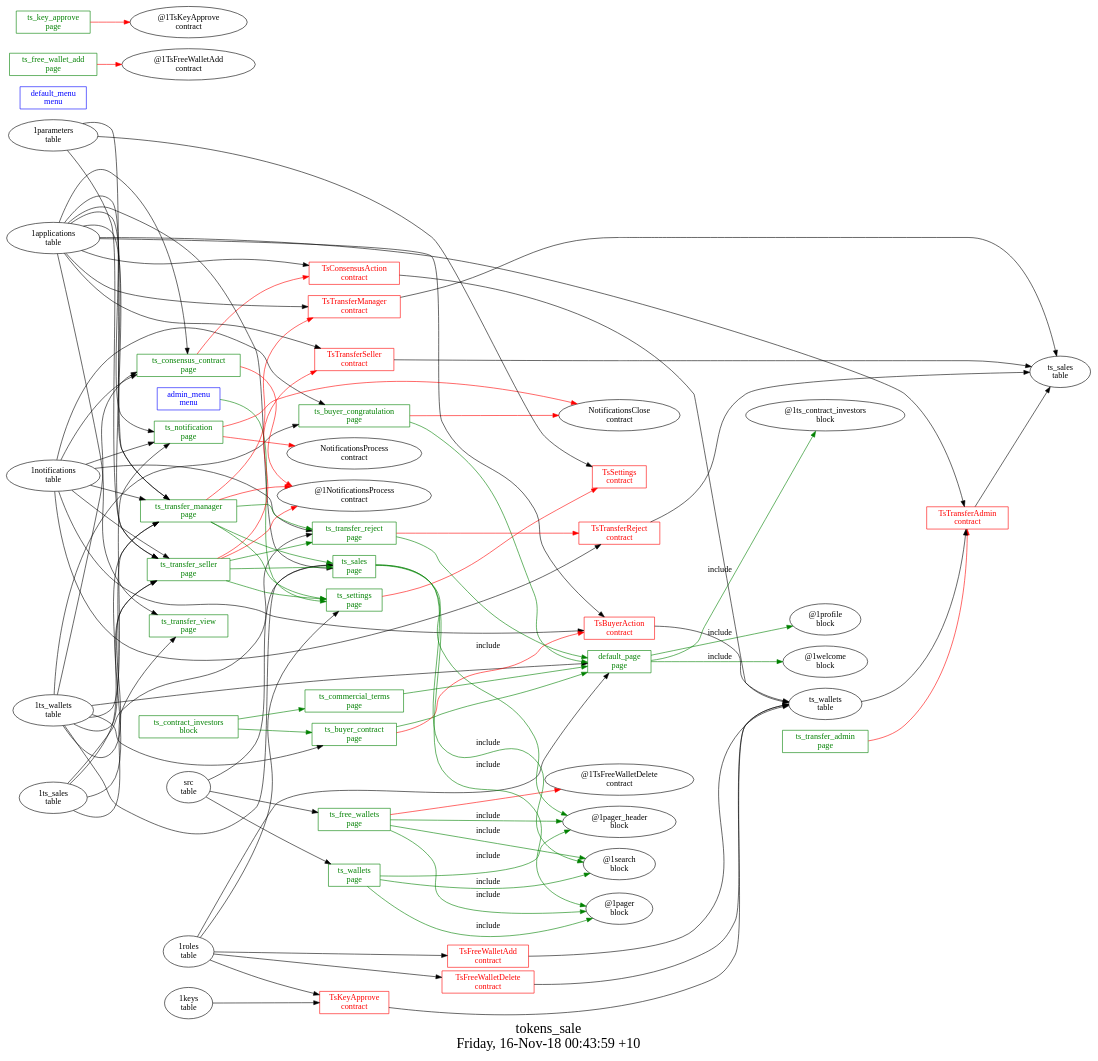
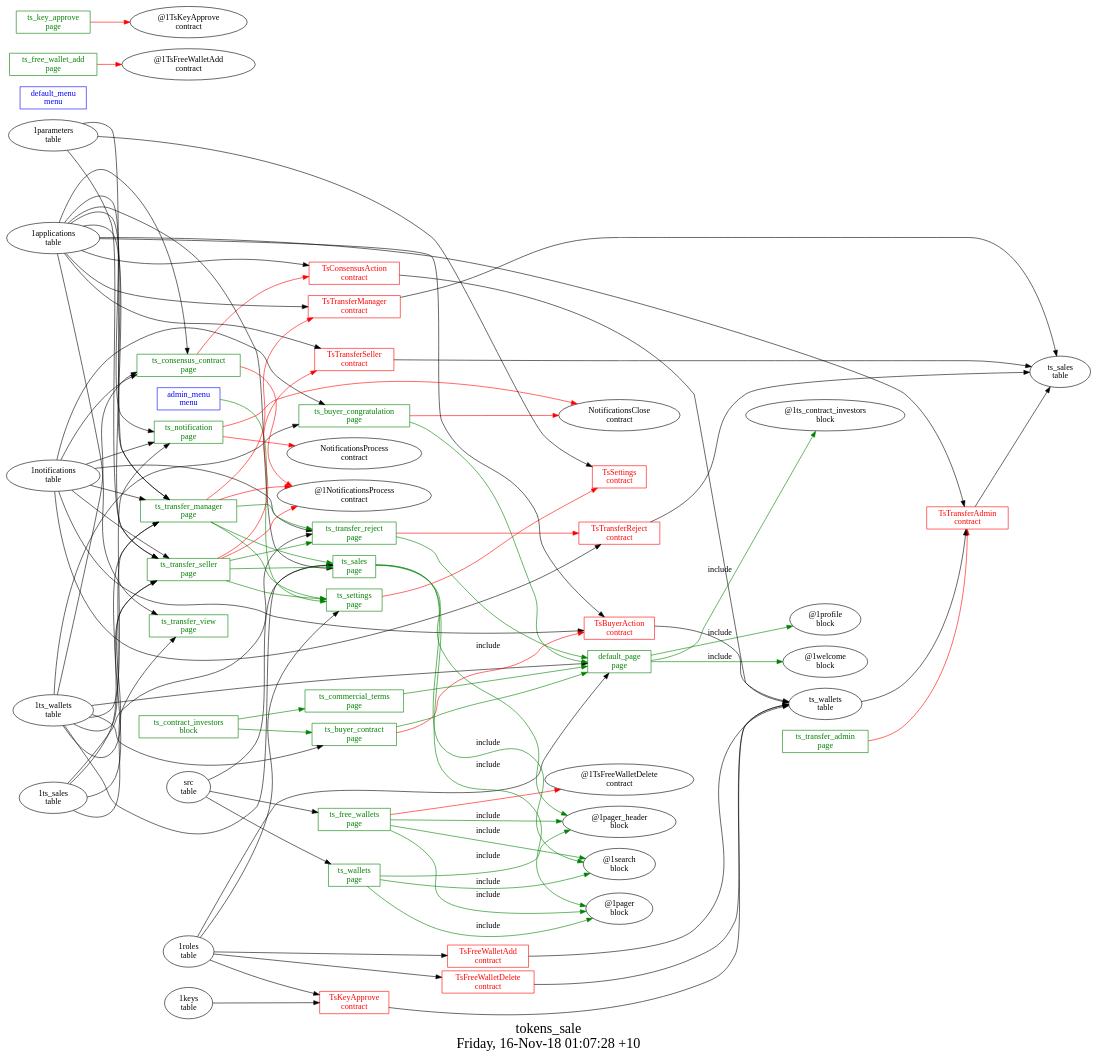
The diagram in other/tokens_sale/struct.dot (AplaProject/apps), drawn with Graphviz before and after one commit. The commit also changed 29 other files, not shown here.

```diff
--- a/other/tokens_sale/struct.dot
+++ b/other/tokens_sale/struct.dot
@@ -1,134 +1,134 @@
 digraph G {
 fontsize="24";
-label="tokens_sale\nFriday, 16-Nov-18 00:43:59 +10";
+label="tokens_sale\nFriday, 16-Nov-18 01:07:28 +10";
 nojustify=true;
 ordering=out;
 rankdir=LR;
 size="30";
 "admin_menu\nmenu" -> "ts_settings\npage"  [ color=green ]
 "admin_menu\nmenu" [color=blue, fontcolor=blue, group=menus, shape=record];
 "default_menu\nmenu" [color=blue, fontcolor=blue, group=menus, shape=record];
 "1ts_wallets\ntable" -> "default_page\npage"
 "1roles\ntable" -> "default_page\npage"
 "default_page\npage" -> "@1ts_contract_investors\nblock"  [ color=green, label=include ]
 "default_page\npage" -> "@1profile\nblock"  [ color=green, label=include ]
 "default_page\npage" -> "@1welcome\nblock"  [ color=green, label=include ]
 "default_page\npage" [color=green, fontcolor=green, group=pages, shape=record];
 "ts_buyer_congratulation\npage" -> "NotificationsClose\ncontract"  [ color=red ]
 "1ts_wallets\ntable" -> "ts_buyer_congratulation\npage"
 "1notifications\ntable" -> "ts_buyer_congratulation\npage"
 "ts_buyer_congratulation\npage" -> "default_page\npage"  [ color=green ]
 "ts_buyer_congratulation\npage" [color=green, fontcolor=green, group=pages, shape=record];
 "ts_buyer_contract\npage" -> "TsBuyerAction\ncontract"  [ color=red ]
 "1ts_wallets\ntable" -> "ts_buyer_contract\npage"
 "ts_buyer_contract\npage" -> "default_page\npage"  [ color=green ]
 "ts_buyer_contract\npage" [color=green, fontcolor=green, group=pages, shape=record];
 "ts_commercial_terms\npage" -> "default_page\npage"  [ color=green ]
 "ts_commercial_terms\npage" [color=green, fontcolor=green, group=pages, shape=record];
 "ts_consensus_contract\npage" -> "TsConsensusAction\ncontract"  [ color=red ]
 "ts_consensus_contract\npage" -> "@1NotificationsProcess\ncontract"  [ color=red ]
 "1applications\ntable" -> "ts_consensus_contract\npage"
 "1notifications\ntable" -> "ts_consensus_contract\npage"
 "1ts_wallets\ntable" -> "ts_consensus_contract\npage"
 "ts_consensus_contract\npage" [color=green, fontcolor=green, group=pages, shape=record];
 "ts_free_wallet_add\npage" -> "@1TsFreeWalletAdd\ncontract"  [ color=red ]
 "ts_free_wallet_add\npage" [color=green, fontcolor=green, group=pages, shape=record];
 "ts_free_wallets\npage" -> "@1TsFreeWalletDelete\ncontract"  [ color=red ]
 "src\ntable" -> "ts_free_wallets\npage"
 "ts_free_wallets\npage" -> "@1pager_header\nblock"  [ color=green, label=include ]
 "ts_free_wallets\npage" -> "@1search\nblock"  [ color=green, label=include ]
 "ts_free_wallets\npage" -> "@1pager\nblock"  [ color=green, label=include ]
 "ts_free_wallets\npage" [color=green, fontcolor=green, group=pages, shape=record];
 "ts_key_approve\npage" -> "@1TsKeyApprove\ncontract"  [ color=red ]
 "ts_key_approve\npage" [color=green, fontcolor=green, group=pages, shape=record];
 "ts_notification\npage" -> "NotificationsClose\ncontract"  [ color=red ]
 "ts_notification\npage" -> "NotificationsProcess\ncontract"  [ color=red ]
 "1applications\ntable" -> "ts_notification\npage"
 "1notifications\ntable" -> "ts_notification\npage"
 "1ts_wallets\ntable" -> "ts_notification\npage"
 "ts_notification\npage" [color=green, fontcolor=green, group=pages, shape=record];
 "1applications\ntable" -> "ts_sales\npage"
 "src\ntable" -> "ts_sales\npage"
 "1ts_wallets\ntable" -> "ts_sales\npage"
 "ts_sales\npage" -> "@1pager_header\nblock"  [ color=green, label=include ]
 "ts_sales\npage" -> "@1search\nblock"  [ color=green, label=include ]
 "ts_sales\npage" -> "@1pager\nblock"  [ color=green, label=include ]
 "ts_sales\npage" [color=green, fontcolor=green, group=pages, shape=record];
 "ts_settings\npage" -> "TsSettings\ncontract"  [ color=red ]
 "1roles\ntable" -> "ts_settings\npage"
 "ts_settings\npage" [color=green, fontcolor=green, group=pages, shape=record];
 "ts_transfer_admin\npage" -> "TsTransferAdmin\ncontract"  [ color=red ]
 "ts_transfer_admin\npage" [color=green, fontcolor=green, group=pages, shape=record];
 "ts_transfer_manager\npage" -> "TsTransferManager\ncontract"  [ color=red ]
 "ts_transfer_manager\npage" -> "@1NotificationsProcess\ncontract"  [ color=red ]
 "1applications\ntable" -> "ts_transfer_manager\npage"
 "1notifications\ntable" -> "ts_transfer_manager\npage"
 "1ts_sales\ntable" -> "ts_transfer_manager\npage"
 "1ts_wallets\ntable" -> "ts_transfer_manager\npage"
 "1parameters\ntable" -> "ts_transfer_manager\npage"
 "ts_transfer_manager\npage" -> "ts_transfer_reject\npage"  [ color=green ]
 "ts_transfer_manager\npage" -> "ts_sales\npage"  [ color=green ]
 "ts_transfer_manager\npage" -> "ts_settings\npage"  [ color=green ]
 "ts_transfer_manager\npage" [color=green, fontcolor=green, group=pages, shape=record];
 "ts_transfer_reject\npage" -> "TsTransferReject\ncontract"  [ color=red ]
 "1notifications\ntable" -> "ts_transfer_reject\npage"
 "1ts_sales\ntable" -> "ts_transfer_reject\npage"
 "ts_transfer_reject\npage" -> "default_page\npage"  [ color=green ]
 "ts_transfer_reject\npage" [color=green, fontcolor=green, group=pages, shape=record];
 "ts_transfer_seller\npage" -> "TsTransferSeller\ncontract"  [ color=red ]
 "ts_transfer_seller\npage" -> "@1NotificationsProcess\ncontract"  [ color=red ]
 "1applications\ntable" -> "ts_transfer_seller\npage"
 "1notifications\ntable" -> "ts_transfer_seller\npage"
 "1ts_sales\ntable" -> "ts_transfer_seller\npage"
 "1ts_wallets\ntable" -> "ts_transfer_seller\npage"
 "1parameters\ntable" -> "ts_transfer_seller\npage"
 "ts_transfer_seller\npage" -> "ts_transfer_reject\npage"  [ color=green ]
 "ts_transfer_seller\npage" -> "ts_sales\npage"  [ color=green ]
 "ts_transfer_seller\npage" -> "ts_settings\npage"  [ color=green ]
 "ts_transfer_seller\npage" [color=green, fontcolor=green, group=pages, shape=record];
 "1applications\ntable" -> "ts_transfer_view\npage"
 "1ts_sales\ntable" -> "ts_transfer_view\npage"
 "ts_transfer_view\npage" [color=green, fontcolor=green, group=pages, shape=record];
 "src\ntable" -> "ts_wallets\npage"
 "ts_wallets\npage" -> "@1pager_header\nblock"  [ color=green, label=include ]
 "ts_wallets\npage" -> "@1search\nblock"  [ color=green, label=include ]
 "ts_wallets\npage" -> "@1pager\nblock"  [ color=green, label=include ]
 "ts_wallets\npage" [color=green, fontcolor=green, group=pages, shape=record];
 "ts_contract_investors\nblock" -> "ts_commercial_terms\npage"  [ color=green ]
 "ts_contract_investors\nblock" -> "ts_buyer_contract\npage"  [ color=green ]
 "ts_contract_investors\nblock" [color=green, fontcolor=green, group=blocks, shape=record];
 "TsBuyerAction\ncontract" -> "ts_wallets\ntable"  [ color="" ]
 "1applications\ntable" -> "TsBuyerAction\ncontract"
 "1notifications\ntable" -> "TsBuyerAction\ncontract"
 "TsBuyerAction\ncontract" [color=red, fontcolor=red, group=contracts, shape=record];
 "TsConsensusAction\ncontract" -> "ts_wallets\ntable"  [ color="" ]
 "1applications\ntable" -> "TsConsensusAction\ncontract"
 "TsConsensusAction\ncontract" [color=red, fontcolor=red, group=contracts, shape=record];
 "TsFreeWalletAdd\ncontract" -> "ts_wallets\ntable"  [ color="" ]
 "1roles\ntable" -> "TsFreeWalletAdd\ncontract"
 "TsFreeWalletAdd\ncontract" [color=red, fontcolor=red, group=contracts, shape=record];
 "TsFreeWalletDelete\ncontract" -> "ts_wallets\ntable"  [ color="" ]
 "1roles\ntable" -> "TsFreeWalletDelete\ncontract"
 "TsFreeWalletDelete\ncontract" [color=red, fontcolor=red, group=contracts, shape=record];
 "TsKeyApprove\ncontract" -> "ts_wallets\ntable"  [ color="" ]
 "1keys\ntable" -> "TsKeyApprove\ncontract"
 "1roles\ntable" -> "TsKeyApprove\ncontract"
 "TsKeyApprove\ncontract" [color=red, fontcolor=red, group=contracts, shape=record];
 "1parameters\ntable" -> "TsSettings\ncontract"
 "TsSettings\ncontract" [color=red, fontcolor=red, group=contracts, shape=record];
 "TsTransferAdmin\ncontract" -> "ts_sales\ntable"  [ color="" ]
 "1applications\ntable" -> "TsTransferAdmin\ncontract"
 "ts_wallets\ntable" -> "TsTransferAdmin\ncontract"
 "TsTransferAdmin\ncontract" [color=red, fontcolor=red, group=contracts, shape=record];
 "TsTransferManager\ncontract" -> "ts_sales\ntable"  [ color="" ]
 "1applications\ntable" -> "TsTransferManager\ncontract"
 "TsTransferManager\ncontract" [color=red, fontcolor=red, group=contracts, shape=record];
 "TsTransferReject\ncontract" -> "ts_sales\ntable"  [ color="" ]
 "1notifications\ntable" -> "TsTransferReject\ncontract"
 "TsTransferReject\ncontract" [color=red, fontcolor=red, group=contracts, shape=record];
 "TsTransferSeller\ncontract" -> "ts_sales\ntable"  [ color="" ]
 "1applications\ntable" -> "TsTransferSeller\ncontract"
 "TsTransferSeller\ncontract" [color=red, fontcolor=red, group=contracts, shape=record];
 "ts_sales\ntable" [color="", fontcolor="", group=tables, shape=""];
 "ts_wallets\ntable" [color="", fontcolor="", group=tables, shape=""];
 }
```
